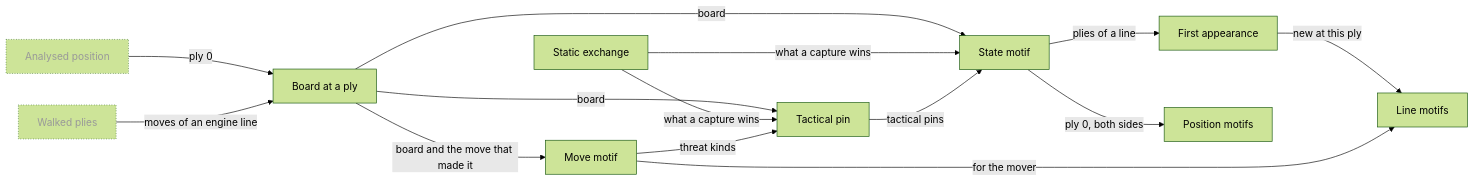
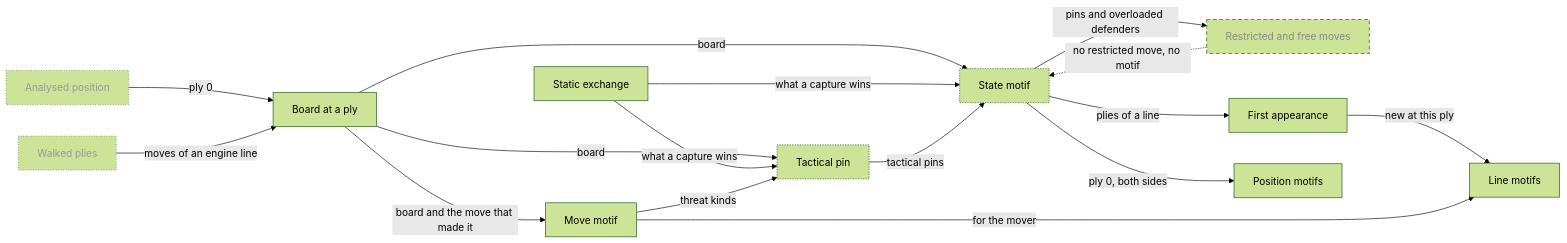
Before and after one commit to aurja/ChessWhy: the sixth of 21 diagrams in Planning/DBC/CONCEPTS.md, drawn with Mermaid (forest theme). The commit also changed other lines of this file and 5 other files, not shown here.

````diff
--- a/Planning/DBC/CONCEPTS.md
+++ b/Planning/DBC/CONCEPTS.md
@@ -251,28 +252,33 @@
 ```mermaid
 flowchart LR
     AnalysedPosition["Analysed position"]
     WalkedPlies["Walked plies"]
     BoardAtPly["Board at a ply"]
     StaticExchange["Static exchange"]
     StateMotif["State motif"]
     MoveMotif["Move motif"]
     TacticalPin["Tactical pin"]
+    Restriction["Restricted and free moves"]
     FirstAppearance["First appearance"]
     PositionMotifs["Position motifs"]
     LineMotifs["Line motifs"]
     AnalysedPosition -->|ply 0| BoardAtPly
     WalkedPlies -->|moves of an engine line| BoardAtPly
     BoardAtPly -->|board| StateMotif & TacticalPin
     BoardAtPly -->|board and the move that made it| MoveMotif
     StaticExchange -->|what a capture wins| StateMotif & TacticalPin
     MoveMotif -->|threat kinds| TacticalPin
     TacticalPin -->|tactical pins| StateMotif
+    StateMotif -->|pins and overloaded defenders| Restriction
+    Restriction -.->|no restricted move, no motif| StateMotif
     StateMotif -->|ply 0, both sides| PositionMotifs
     StateMotif -->|plies of a line| FirstAppearance
     FirstAppearance -->|new at this ply| LineMotifs
     MoveMotif -->|for the mover| LineMotifs
     classDef planned stroke-dasharray:6 4,color:#888
     classDef partial stroke-dasharray:2 2
     classDef external stroke-dasharray:1 3,color:#999
     class AnalysedPosition,WalkedPlies external
+    class StateMotif,TacticalPin partial
+    class Restriction planned
 ```
````
